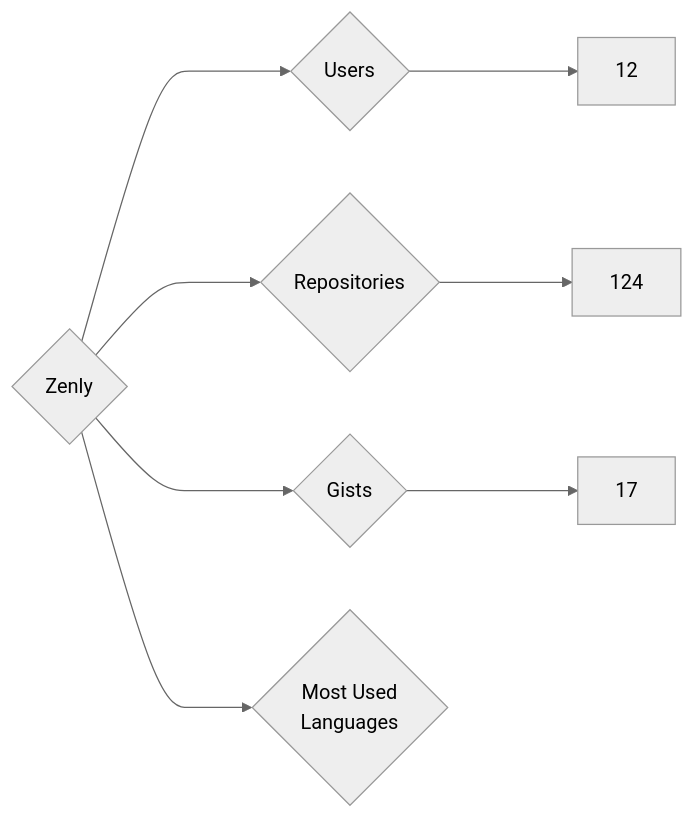
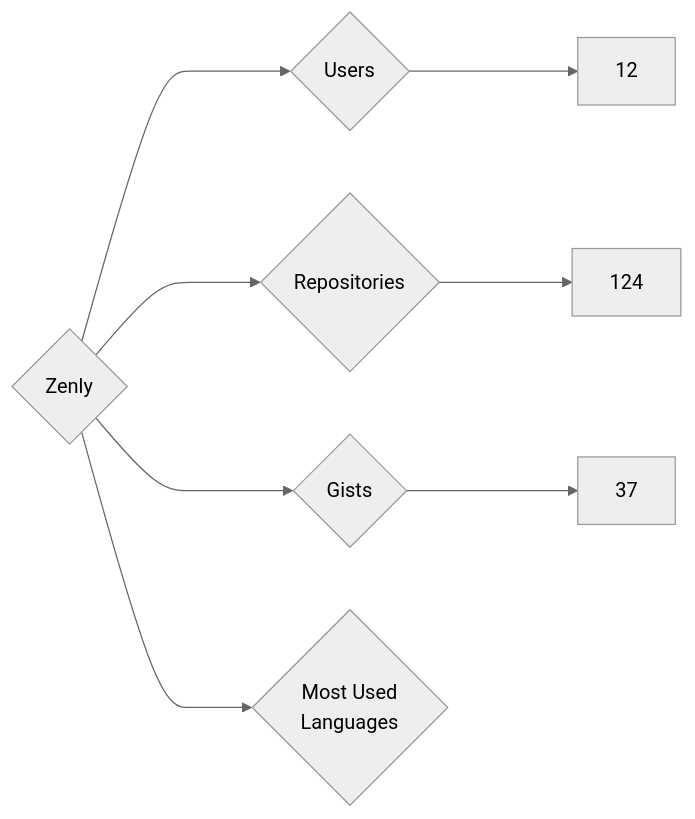
Before and after one commit to nenadzaric/insiders: the diagram in targets/Zenly/README.md, drawn with Mermaid (neutral theme). The commit also changed 1342 other files, not shown here.

````diff
--- a/targets/Zenly/README.md
+++ b/targets/Zenly/README.md
@@ -3,8 +3,8 @@
 ```mermaid
 graph LR
 COMPANY_NAME{Zenly}
 COMPANY_NAME ---> U{Users} ---> UN[12]
 COMPANY_NAME ---> R{Repositories} ---> RN[124]
-COMPANY_NAME ---> G{Gists} ---> GN[17]
+COMPANY_NAME ---> G{Gists} ---> GN[37]
 COMPANY_NAME ---> ML{Most Used<br>Languages}
 ```
````
